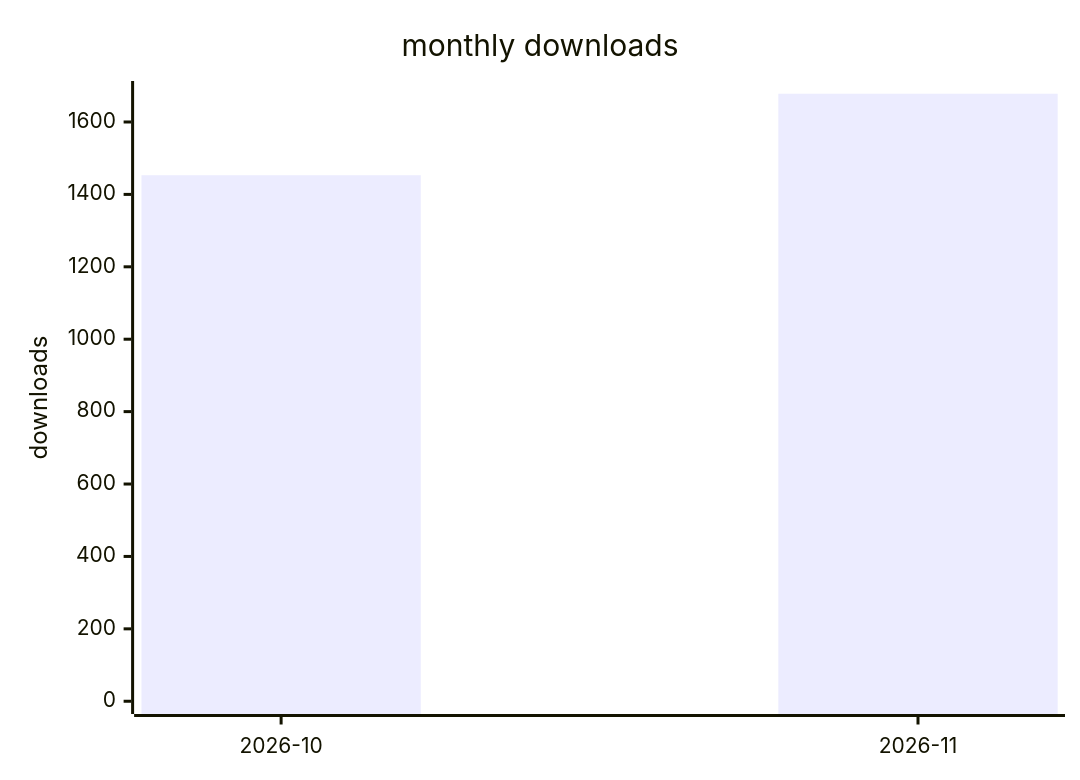
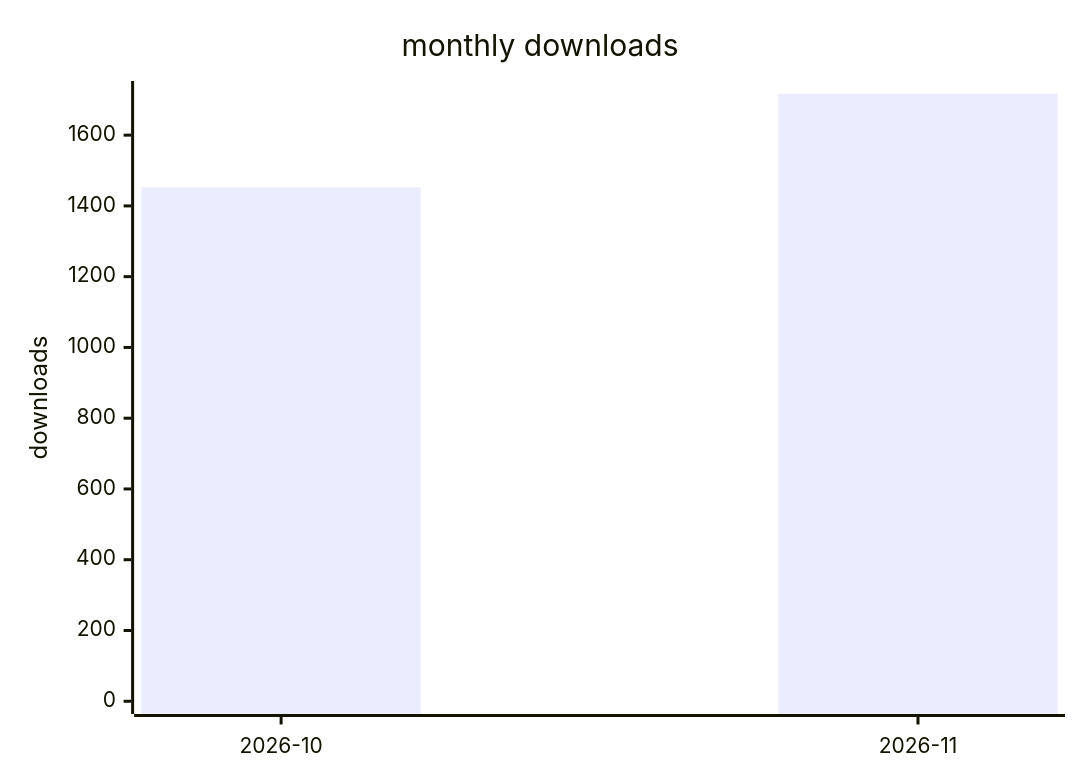
The second of 2 diagrams in docs/downloads-2026.md (terry2010/dsh-loop-recover), drawn with Mermaid before and after one commit. The commit also changed other lines of this file and 1 other file, not shown here.

````diff
--- a/docs/downloads-2026.md
+++ b/docs/downloads-2026.md
@@ -29,7 +29,7 @@
 ```mermaid
 xychart-beta
     title "monthly downloads"
     x-axis ["2026-10", "2026-11"]
-    y-axis "downloads" 0 --> 1678
-    bar [1453, 1678]
+    y-axis "downloads" 0 --> 1717
+    bar [1453, 1717]
 ```
````
